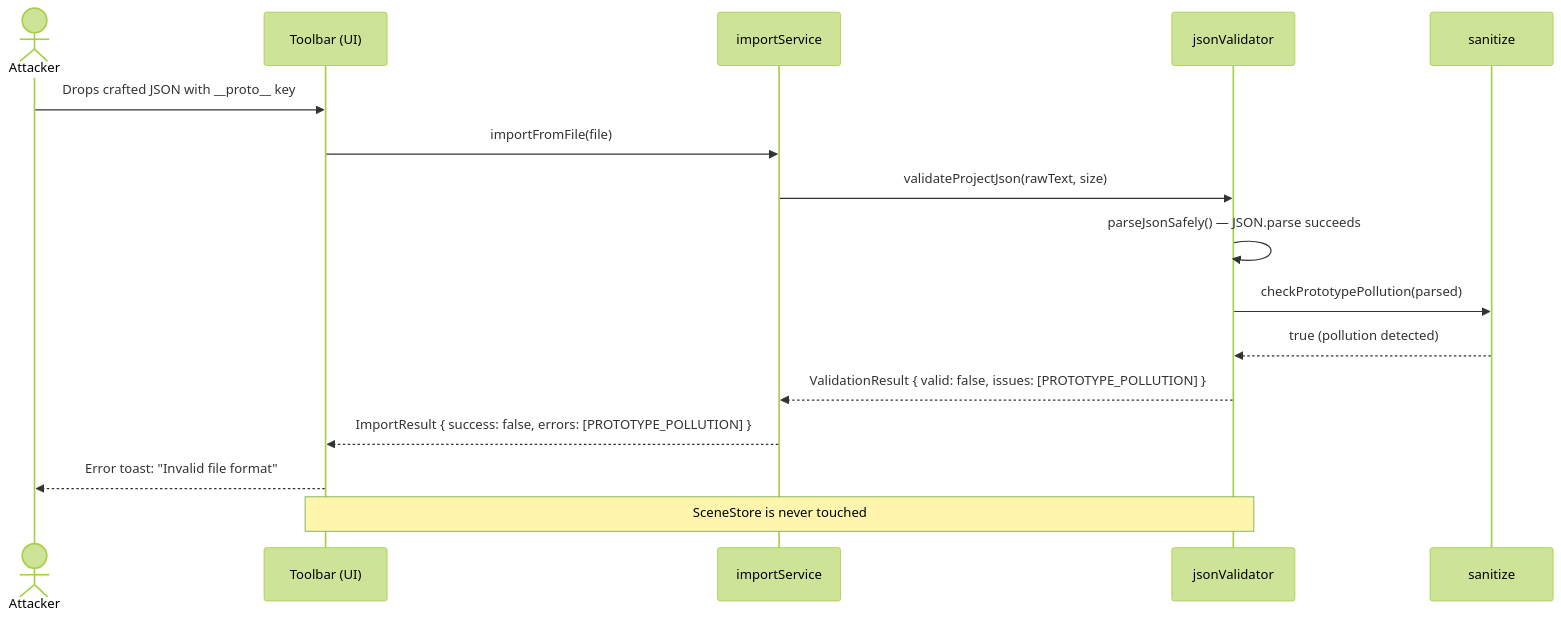
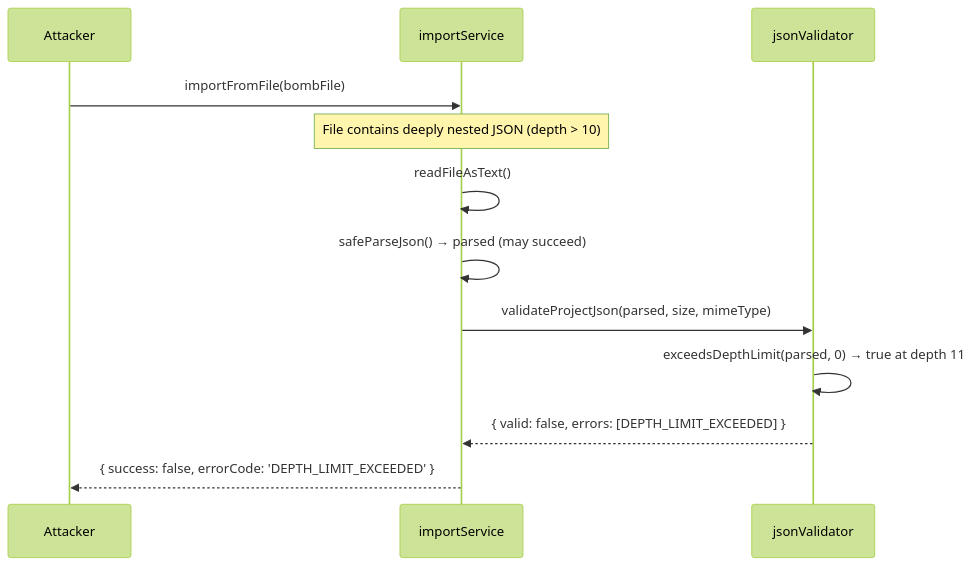
Before and after one commit to sreenivasmrpivot/legobuilder: the third of 4 diagrams in docs/features/NFR-SEC-001/LOW_LEVEL_DESIGN.md, drawn with Mermaid (forest theme). The commit also changed other lines of this file, not shown here.

First line of the commit message:
docs: LLD for NFR-SEC-001 — Validate all imported JSON files against schema; prevent arbitrary code execution

````diff
--- a/docs/features/NFR-SEC-001/LOW_LEVEL_DESIGN.md
+++ b/docs/features/NFR-SEC-001/LOW_LEVEL_DESIGN.md
@@ -393,19 +381,15 @@
 ```mermaid
 sequenceDiagram
-    actor Attacker
-    participant Toolbar as Toolbar (UI)
-    participant ImportSvc as importService
-    participant Validator as jsonValidator
-    participant Sanitize as sanitize
+    participant Attacker
+    participant importService
+    participant jsonValidator
 
-    Attacker->>Toolbar: Drops crafted JSON with __proto__ key
-    Toolbar->>ImportSvc: importFromFile(file)
-    ImportSvc->>Validator: validateProjectJson(rawText, size)
-    Validator->>Validator: parseJsonSafely() — JSON.parse succeeds
-    Validator->>Sanitize: checkPrototypePollution(parsed)
-    Sanitize-->>Validator: true (pollution detected)
-    Validator-->>ImportSvc: ValidationResult { valid: false, issues: [PROTOTYPE_POLLUTION] }
-    ImportSvc-->>Toolbar: ImportResult { success: false, errors: [PROTOTYPE_POLLUTION] }
-    Toolbar-->>Attacker: Error toast: "Invalid file format"
-    Note over Toolbar,Validator: SceneStore is never touched
+    Attacker->>importService: importFromFile(bombFile)
+    Note over importService: File contains deeply nested JSON (depth > 10)
+    importService->>importService: readFileAsText()
+    importService->>importService: safeParseJson() → parsed (may succeed)
+    importService->>jsonValidator: validateProjectJson(parsed, size, mimeType)
+    jsonValidator->>jsonValidator: exceedsDepthLimit(parsed, 0) → true at depth 11
+    jsonValidator-->>importService: { valid: false, errors: [DEPTH_LIMIT_EXCEEDED] }
+    importService-->>Attacker: { success: false, errorCode: 'DEPTH_LIMIT_EXCEEDED' }
 ```
````
